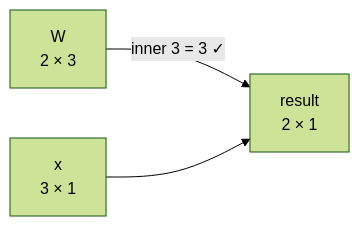
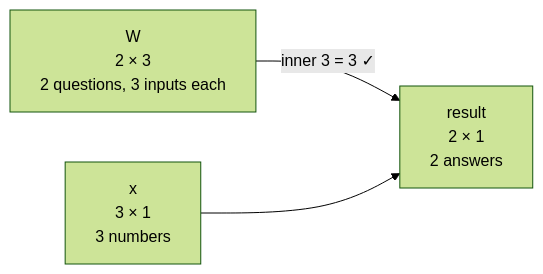
Before and after one commit to vaibhavkulkarni/math-for-ai-from-scratch: the second of 2 diagrams in docs/02-matrices.md, drawn with Mermaid (forest theme). The commit also changed other lines of this file and 51 other files, not shown here.

````diff
--- a/docs/02-matrices.md
+++ b/docs/02-matrices.md
@@ -33,5 +89,5 @@
 ```mermaid
 flowchart LR
-    A["W<br/>2 × 3"] -->|"inner 3 = 3 ✓"| C["result<br/>2 × 1"]
-    B["x<br/>3 × 1"] --> C
+    A["W<br/>2 × 3<br/>2 questions, 3 inputs each"] -->|"inner 3 = 3 ✓"| C["result<br/>2 × 1<br/>2 answers"]
+    B["x<br/>3 × 1<br/>3 numbers"] --> C
 ```
````
